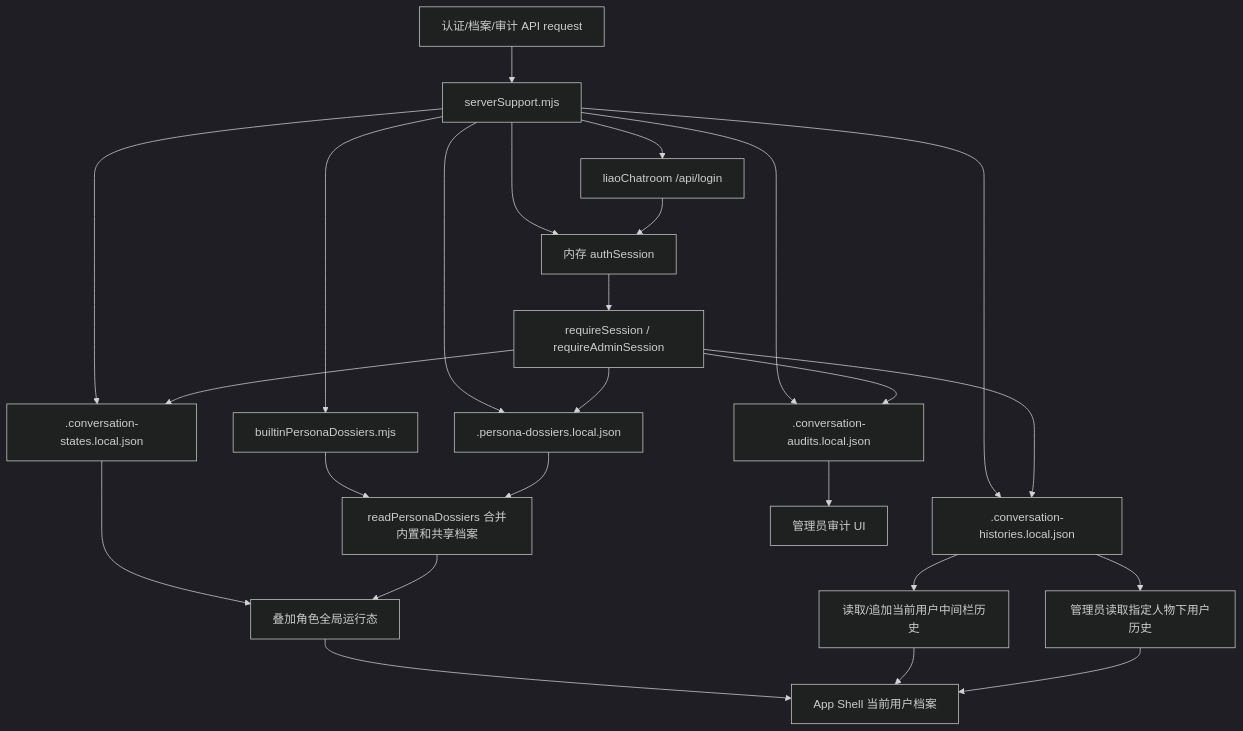
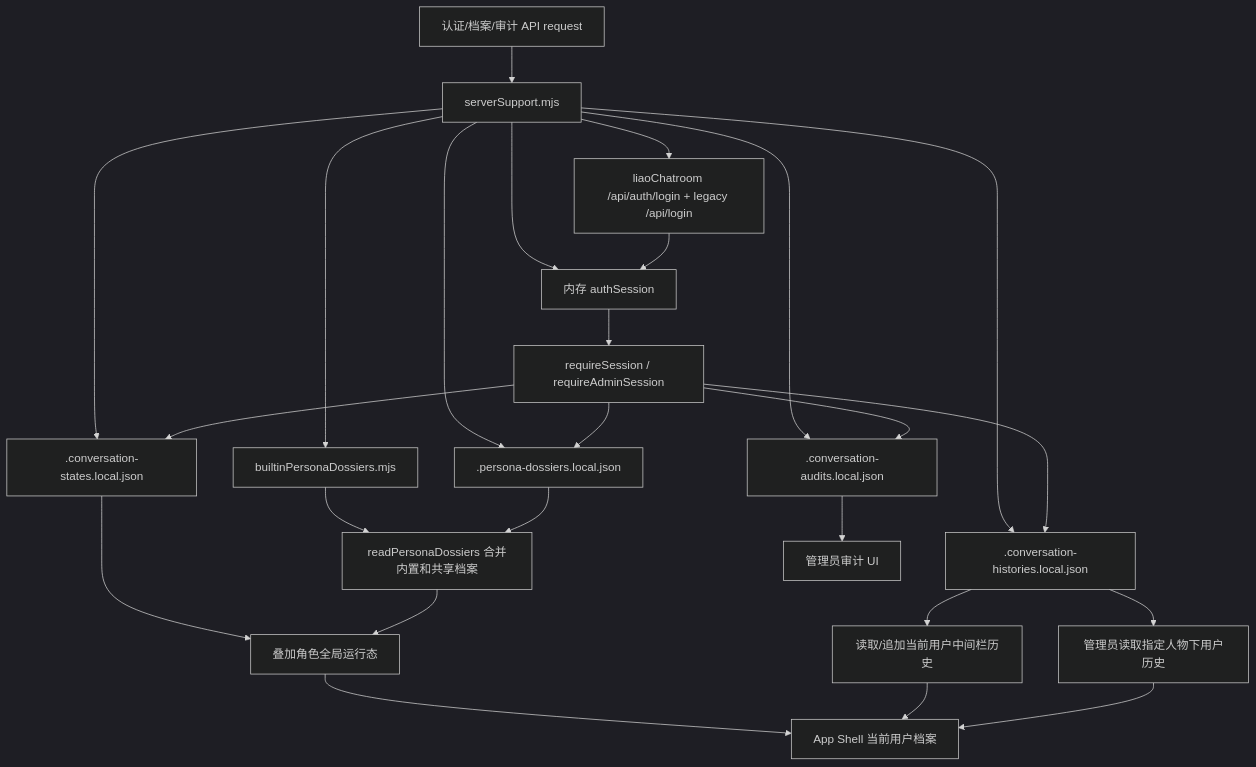
Diagram 28 of 32 in docs/SYSTEM_FLOW.md (ttmanthatman/virtual-human-flow), drawn with Mermaid (dark theme) before and after one commit. The commit also changed other lines of this file and 13 other files, not shown here.

Commit message:
fix: bridge liao auth login

````diff
--- a/docs/SYSTEM_FLOW.md
+++ b/docs/SYSTEM_FLOW.md
@@ -688,27 +690,27 @@
 ```mermaid
 flowchart TD
     REQ["认证/档案/审计 API request"] --> SUPPORT["serverSupport.mjs"]
-    SUPPORT --> LIAO["liaoChatroom /api/login"]
+    SUPPORT --> LIAO["liaoChatroom /api/auth/login + legacy /api/login"]
     SUPPORT --> SESS["内存 authSession"]
     SUPPORT --> BUILTIN["builtinPersonaDossiers.mjs"]
     SUPPORT --> DOS[".persona-dossiers.local.json"]
     SUPPORT --> USTATE[".conversation-states.local.json"]
     SUPPORT --> UHIST[".conversation-histories.local.json"]
     SUPPORT --> AUD[".conversation-audits.local.json"]
     LIAO --> SESS
     SESS --> PERM["requireSession / requireAdminSession"]
     BUILTIN --> MERGE["readPersonaDossiers 合并内置和共享档案"]
     USTATE --> OVERLAY["叠加角色全局运行态"]
     UHIST --> CHATHIST["读取/追加当前用户中间栏历史"]
     UHIST --> ADMINHIST["管理员读取指定人物下用户历史"]
     PERM --> DOS
     PERM --> USTATE
     PERM --> UHIST
     PERM --> AUD
     DOS --> MERGE
     MERGE --> OVERLAY
     OVERLAY --> APP["App Shell 当前用户档案"]
     CHATHIST --> APP
     ADMINHIST --> APP
     AUD --> ADMINUI["管理员审计 UI"]
 ```
````
